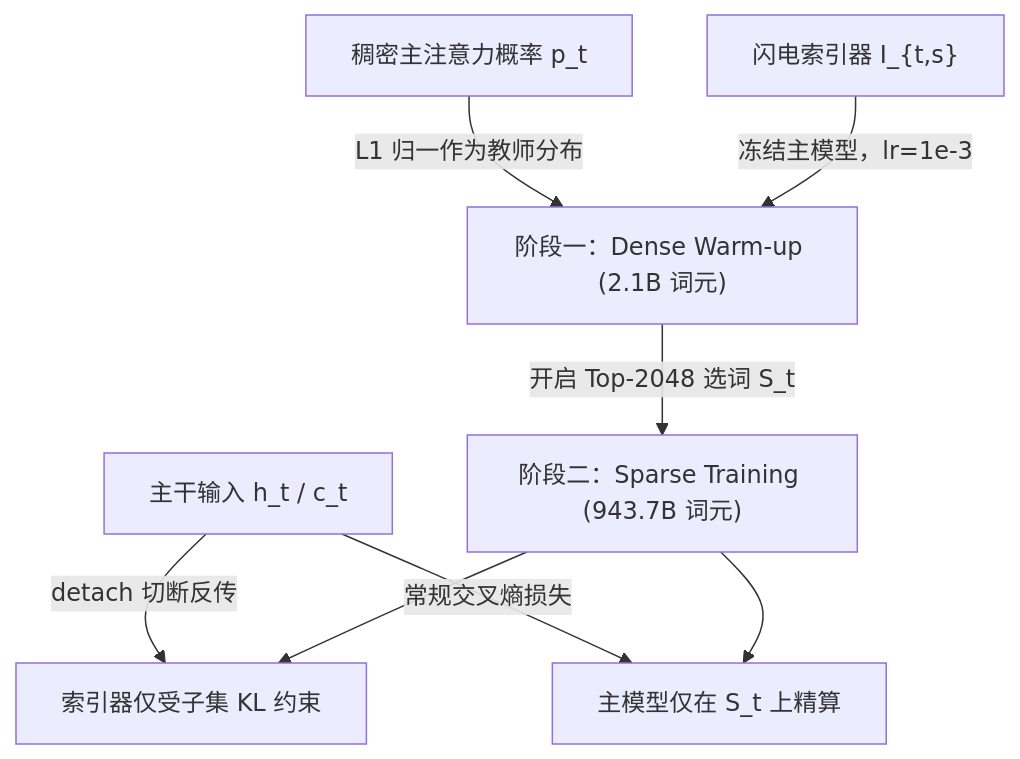
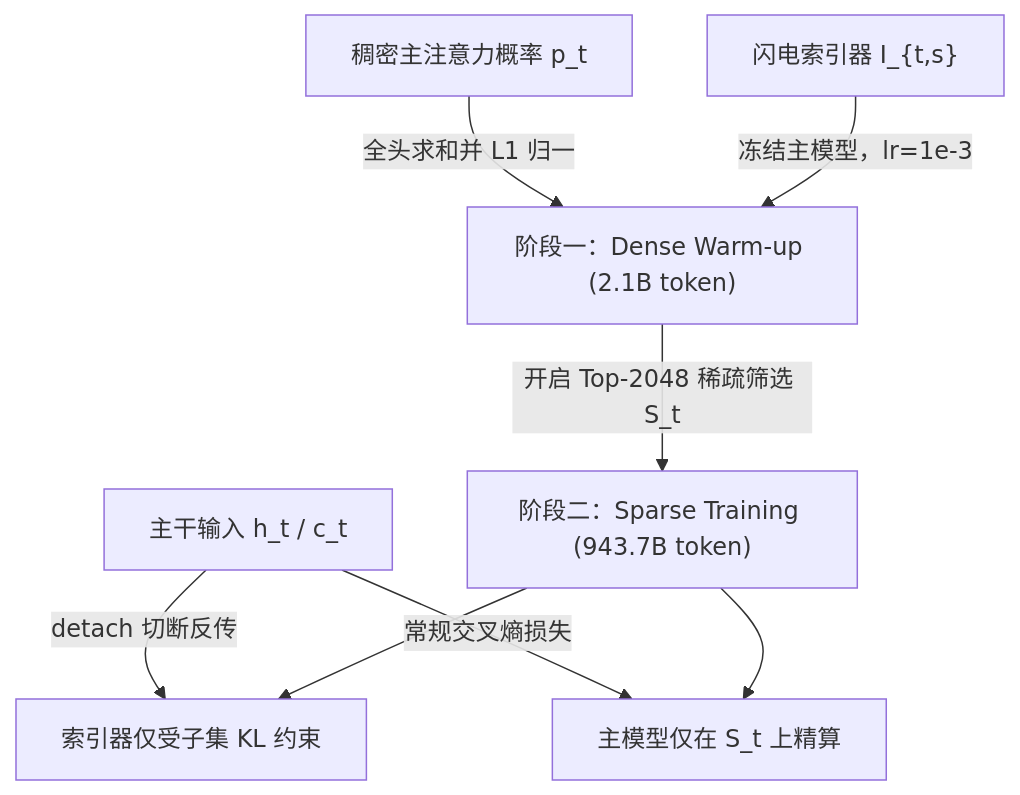
One commit to xingcanlee/infra-note changed the diagram in src/content/posts/deepseek/03-dsa/index.mdx. Above: the diagram before and after it, drawn with Mermaid. The commit also changed other lines of this file and 100 other files, not shown here.

Commit message:
docs: refine prose style, industry terminology, explainers, and diagrams across all series

````diff
--- a/src/content/posts/deepseek/03-dsa/index.mdx
+++ b/src/content/posts/deepseek/03-dsa/index.mdx
@@ -47,10 +53,10 @@
 ```mermaid caption="图 2：两阶段 KL 蒸馏预热与稀疏联合训练梯度隔离"
 flowchart TD
-    M["稠密主注意力概率 p_t"] -->|"L1 归一作为教师分布"| KL1["阶段一：Dense Warm-up (2.1B 词元)"]
+    M["稠密主注意力概率 p_t"] -->|"全头求和并 L1 归一"| KL1["阶段一：Dense Warm-up (2.1B token)"]
     IDX["闪电索引器 I_{t,s}"] -->|"冻结主模型，lr=1e-3"| KL1
-    KL1 -->|"开启 Top-2048 选词 S_t"| SP["阶段二：Sparse Training (943.7B 词元)"]
+    KL1 -->|"开启 Top-2048 稀疏筛选 S_t"| SP["阶段二：Sparse Training (943.7B token)"]
     H["主干输入 h_t / c_t"] -->|"detach 切断反传"| IDX2["索引器仅受子集 KL 约束"]
     H -->|"常规交叉熵损失"| MAIN["主模型仅在 S_t 上精算"]
     SP --> IDX2
     SP --> MAIN
 ```
````
